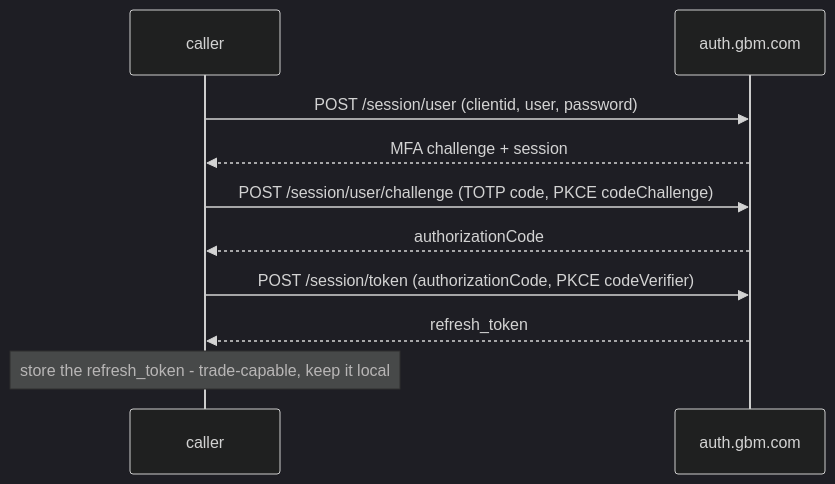
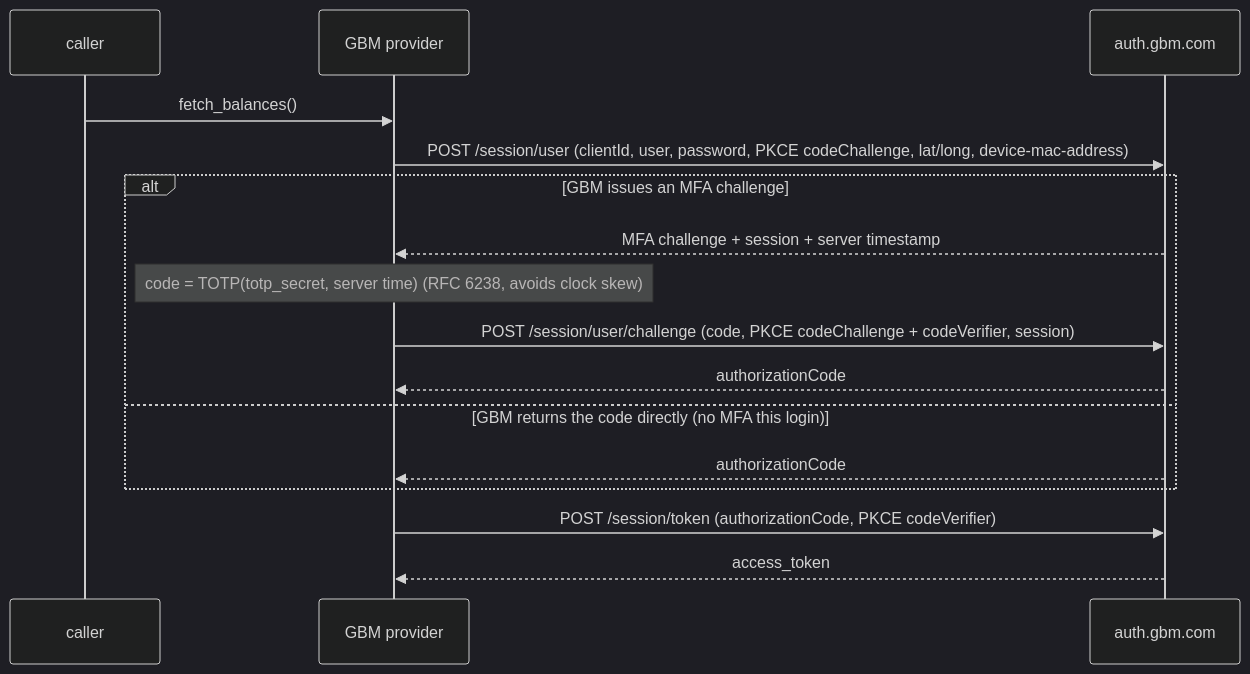
One commit to PaoloReyes/finscraper-mx changed the first of 2 diagrams in docs/flows/gbm.md. Above: the diagram before and after it, drawn with Mermaid (dark theme). The commit also changed other lines of this file and 6 other files, not shown here.

First line of the commit message:
gbm: fully headless provider via on-device TOTP minting

````diff
--- a/docs/flows/gbm.md
+++ b/docs/flows/gbm.md
@@ -13,13 +15,19 @@
 ```mermaid
 sequenceDiagram
   participant C as caller
+  participant P as GBM provider
   participant AU as auth.gbm.com
 
-  C->>AU: POST /session/user (clientid, user, password)
-  AU-->>C: MFA challenge + session
-  C->>AU: POST /session/user/challenge (TOTP code, PKCE codeChallenge)
-  AU-->>C: authorizationCode
-  C->>AU: POST /session/token (authorizationCode, PKCE codeVerifier)
-  AU-->>C: refresh_token
-  Note over C: store the refresh_token - trade-capable, keep it local
+  C->>P: fetch_balances()
+  P->>AU: POST /session/user (clientId, user, password, PKCE codeChallenge, lat/long, device-mac-address)
+  alt GBM issues an MFA challenge
+    AU-->>P: MFA challenge + session + server timestamp
+    Note over P: code = TOTP(totp_secret, server time)  (RFC 6238, avoids clock skew)
+    P->>AU: POST /session/user/challenge (code, PKCE codeChallenge + codeVerifier, session)
+    AU-->>P: authorizationCode
+  else GBM returns the code directly (no MFA this login)
+    AU-->>P: authorizationCode
+  end
+  P->>AU: POST /session/token (authorizationCode, PKCE codeVerifier)
+  AU-->>P: access_token
 ```
````
